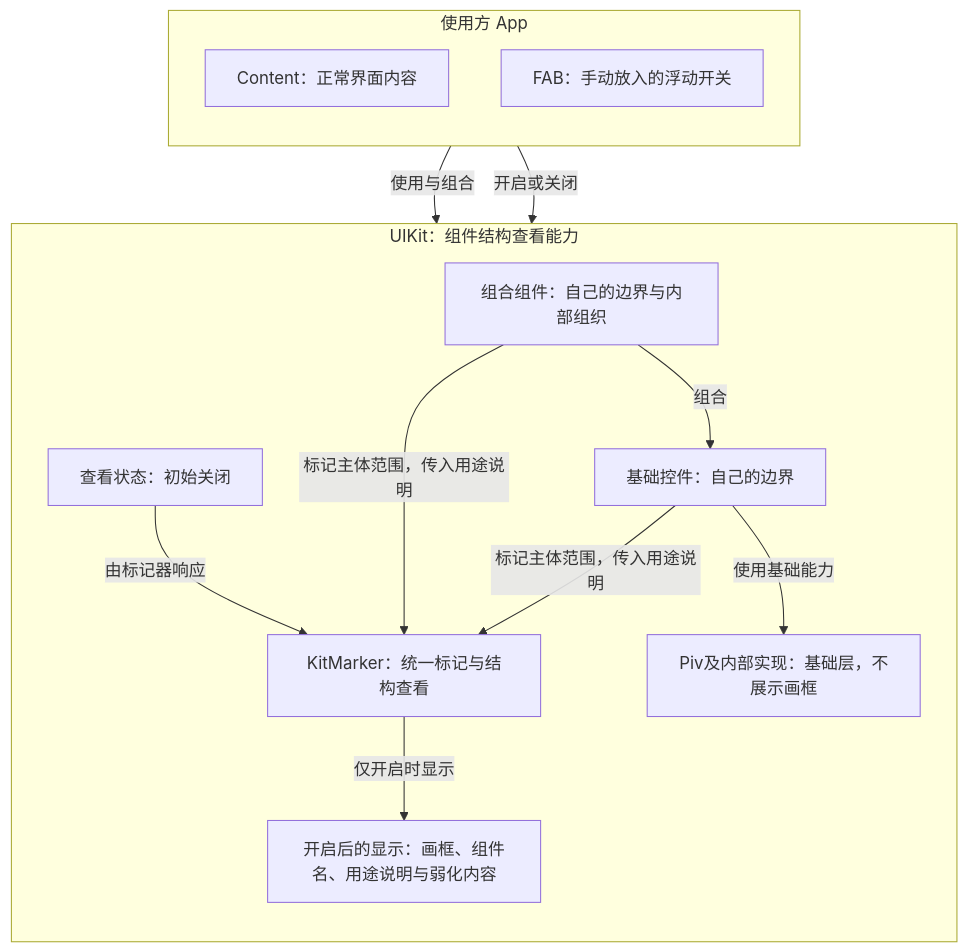
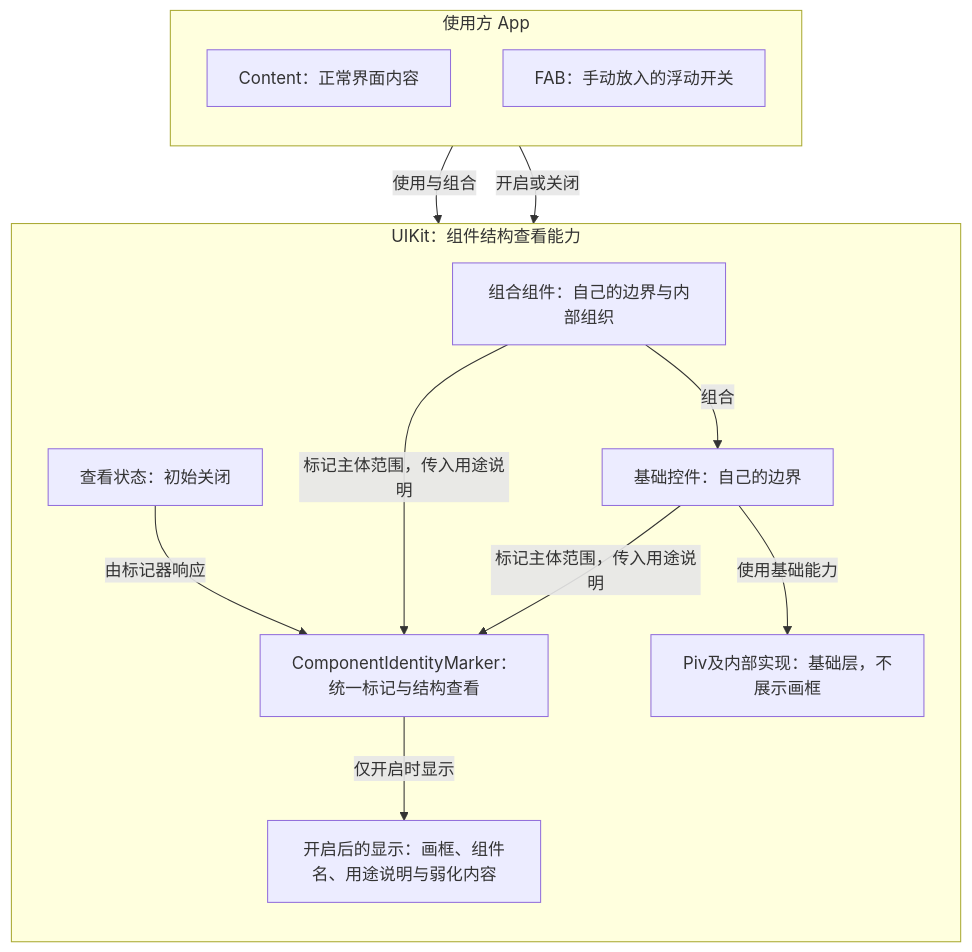
The diagram in docs/guide/组件结构查看.md (edsolater/uikit), drawn with Mermaid before and after one commit. The commit also changed other lines of this file and 64 other files, not shown here.

````diff
--- a/docs/guide/组件结构查看.md
+++ b/docs/guide/组件结构查看.md
@@ -66,25 +66,25 @@
 ```mermaid
 flowchart TB
     subgraph application[使用方 App]
         direction TB
         content[Content：正常界面内容]
         fab[FAB：手动放入的浮动开关]
     end
     subgraph toolkit[UIKit：组件结构查看能力]
         direction TB
         mode[查看状态：初始关闭]
         composed[组合组件：自己的边界与内部组织]
         controls[基础控件：自己的边界]
-        marker[KitMarker：统一标记与结构查看]
+        marker[ComponentIdentityMarker：统一标记与结构查看]
         piv[Piv及内部实现：基础层，不展示画框]
         view[开启后的显示：画框、组件名、用途说明与弱化内容]
     end
     content -->|使用与组合| composed
     composed -->|组合| controls
     controls -->|使用基础能力| piv
     fab -->|开启或关闭| mode
     composed -->|标记主体范围，传入用途说明| marker
     controls -->|标记主体范围，传入用途说明| marker
     mode -->|由标记器响应| marker
     marker -->|仅开启时显示| view
 ```
````
